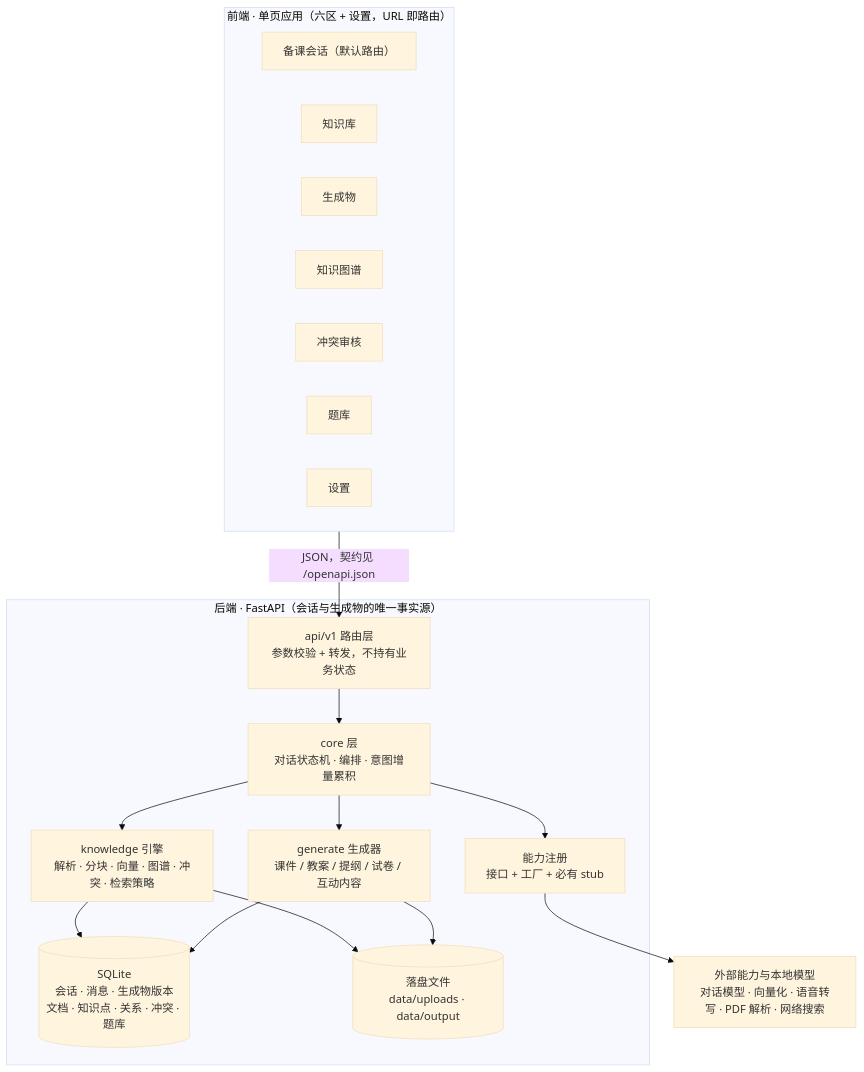
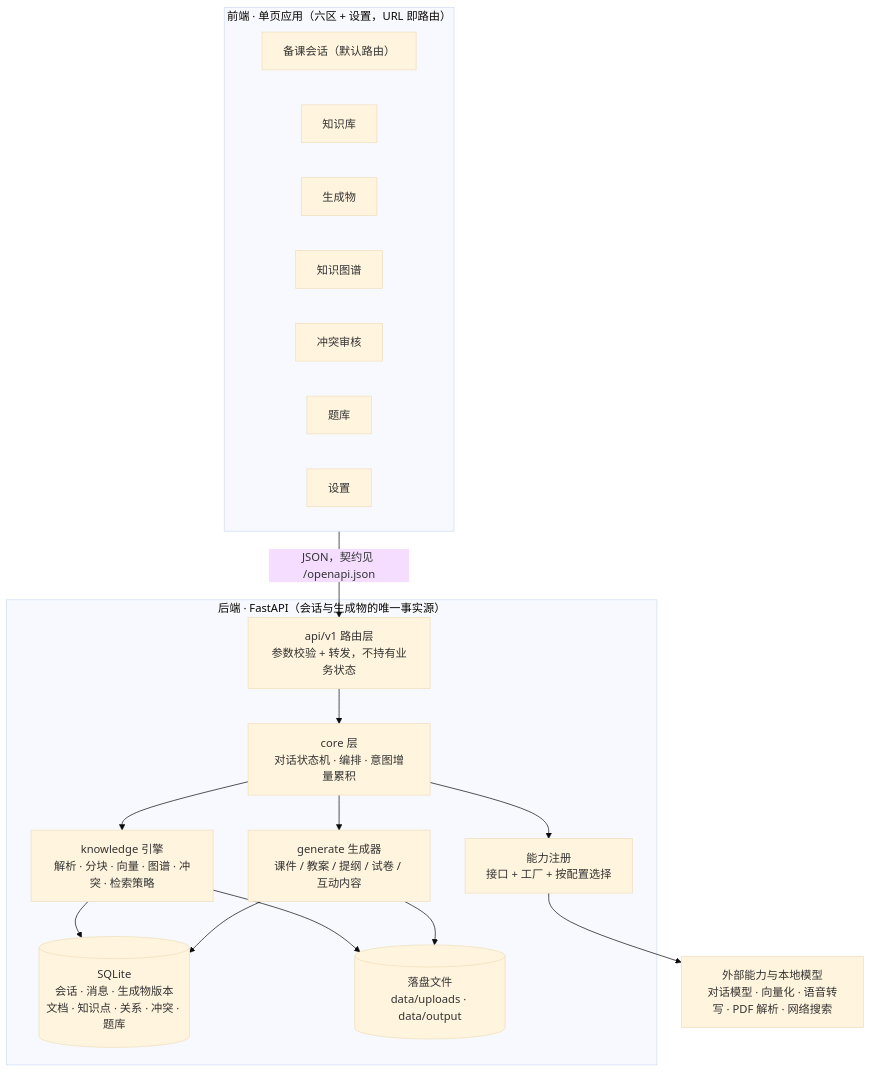
The diagram in docs/architecture.md (JulianZBY/EduMind), drawn with Mermaid (base theme) before and after one commit. The commit also changed other lines of this file and 101 other files, not shown here.

````diff
--- a/docs/architecture.md
+++ b/docs/architecture.md
@@ -8,35 +8,35 @@
 ```mermaid
 flowchart TB
     subgraph FE["前端 · 单页应用（六区 + 设置，URL 即路由）"]
         S1["备课会话（默认路由）"]
         S2["知识库"]
         S3["生成物"]
         S4["知识图谱"]
         S5["冲突审核"]
         S6["题库"]
         S7["设置"]
     end
 
     subgraph BE["后端 · FastAPI（会话与生成物的唯一事实源）"]
         API["api/v1 路由层<br/>参数校验 + 转发，不持有业务状态"]
         CORE["core 层<br/>对话状态机 · 编排 · 意图增量累积"]
-        CAPS["能力注册<br/>接口 + 工厂 + 必有 stub"]
+        CAPS["能力注册<br/>接口 + 工厂 + 按配置选择"]
         KNOW["knowledge 引擎<br/>解析 · 分块 · 向量 · 图谱 · 冲突 · 检索策略"]
         GEN["generate 生成器<br/>课件 / 教案 / 提纲 / 试卷 / 互动内容"]
         DB[("SQLite<br/>会话 · 消息 · 生成物版本<br/>文档 · 知识点 · 关系 · 冲突 · 题库")]
         FS[("落盘文件<br/>data/uploads · data/output")]
     end
 
     CLOUD["外部能力与本地模型<br/>对话模型 · 向量化 · 语音转写 · PDF 解析 · 网络搜索"]
 
     FE -->|"JSON，契约见 /openapi.json"| API
     API --> CORE
     CORE --> KNOW
     CORE --> GEN
     KNOW --> DB
     KNOW --> FS
     GEN --> DB
     GEN --> FS
     CORE --> CAPS
     CAPS --> CLOUD
 ```
````
